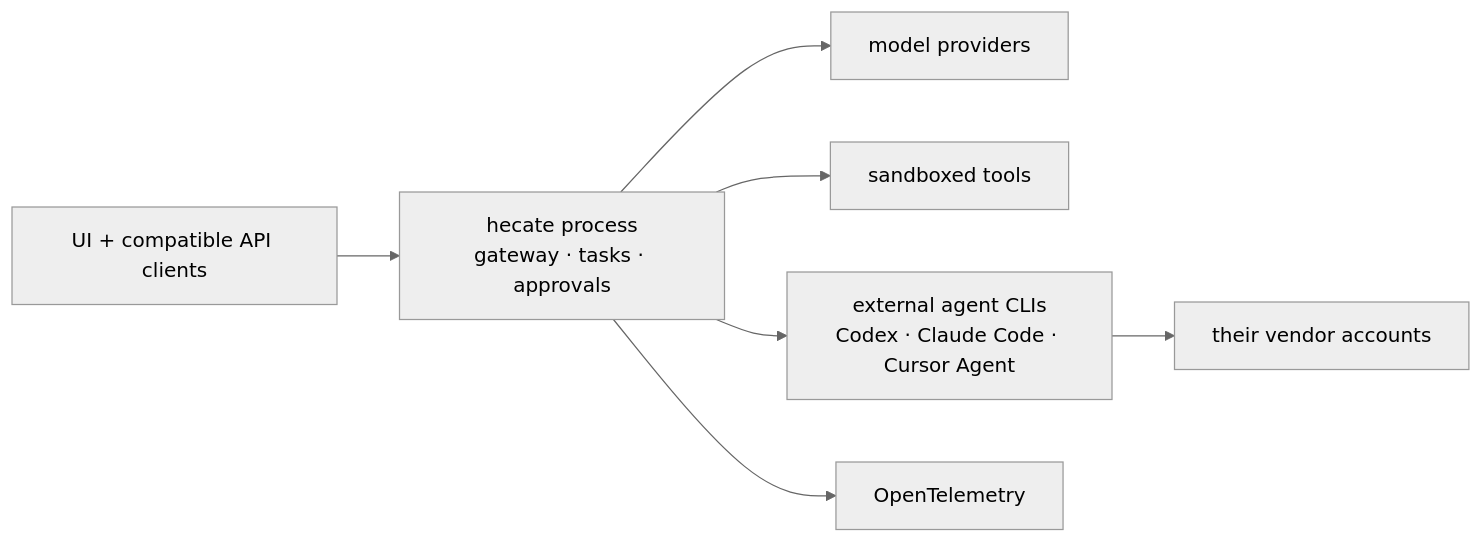
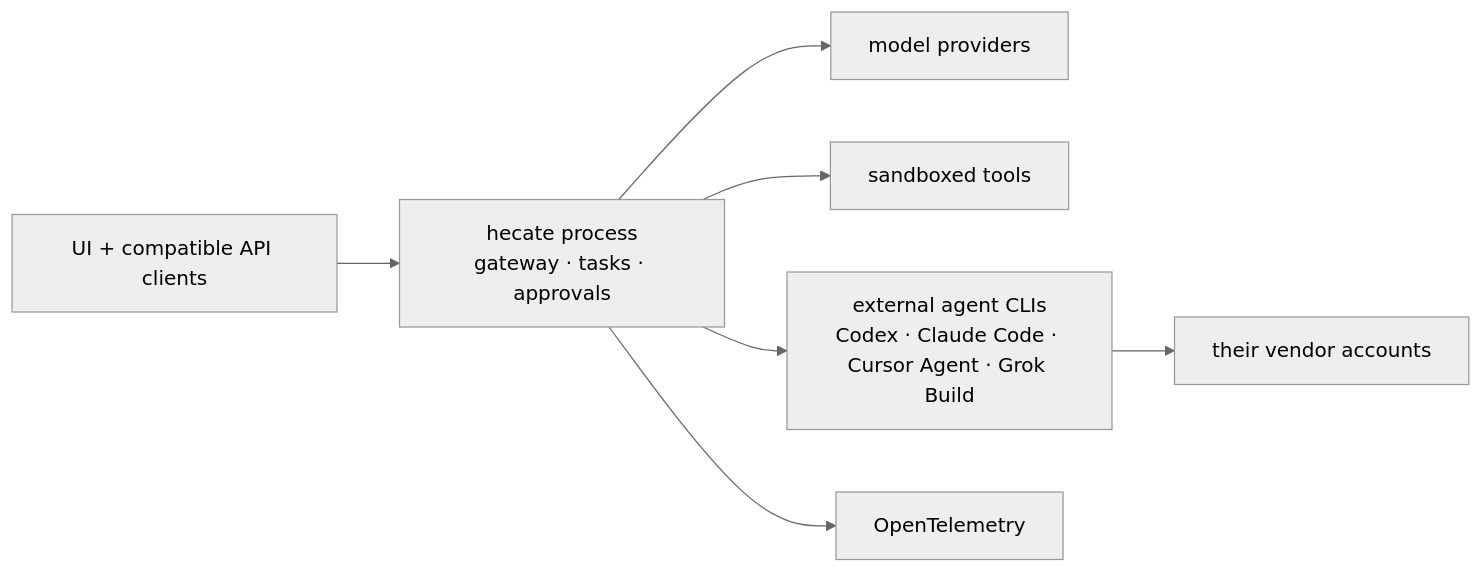
The diagram in README.md (hecatehq/hecate), drawn with Mermaid (neutral theme) before and after one commit. The commit also changed other lines of this file and 60 other files, not shown here.

Commit message:
feat(agentadapters): add Grok Build support

````diff
--- a/README.md
+++ b/README.md
@@ -138,9 +138,9 @@
 ```mermaid
 flowchart LR
     Clients["UI + compatible API clients"] --> Hecate["hecate process<br/>gateway · tasks · approvals"]
     Hecate --> Models["model providers"]
     Hecate --> Tools["sandboxed tools"]
-    Hecate --> Agents["external agent CLIs<br/>Codex · Claude Code · Cursor Agent"]
+    Hecate --> Agents["external agent CLIs<br/>Codex · Claude Code · Cursor Agent · Grok Build"]
     Agents --> Accounts["their vendor accounts"]
     Hecate --> Telemetry["OpenTelemetry"]
 ```
````
